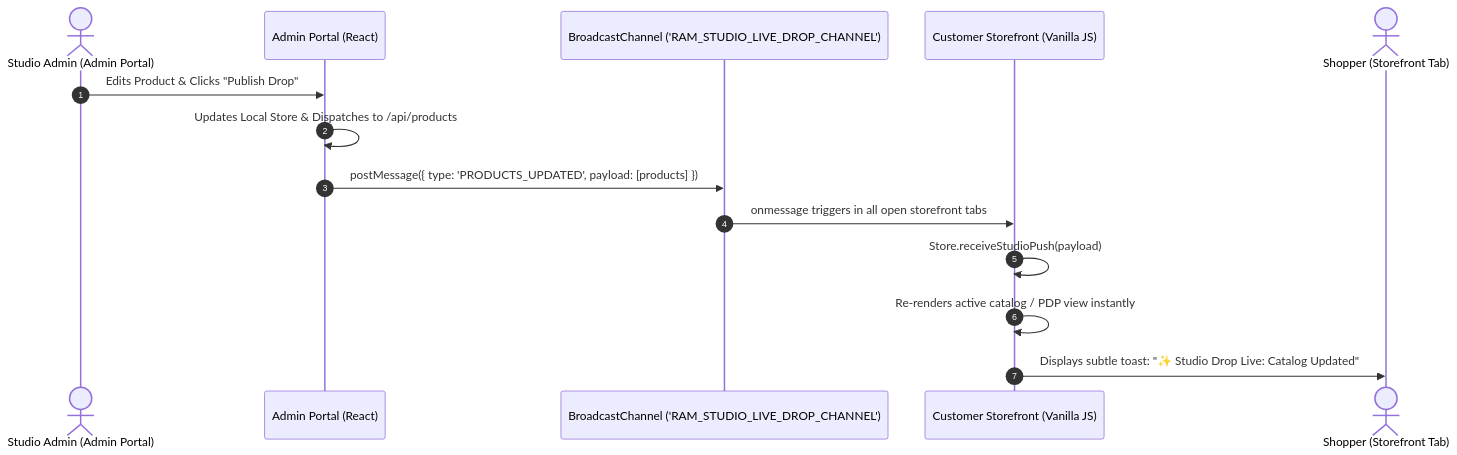
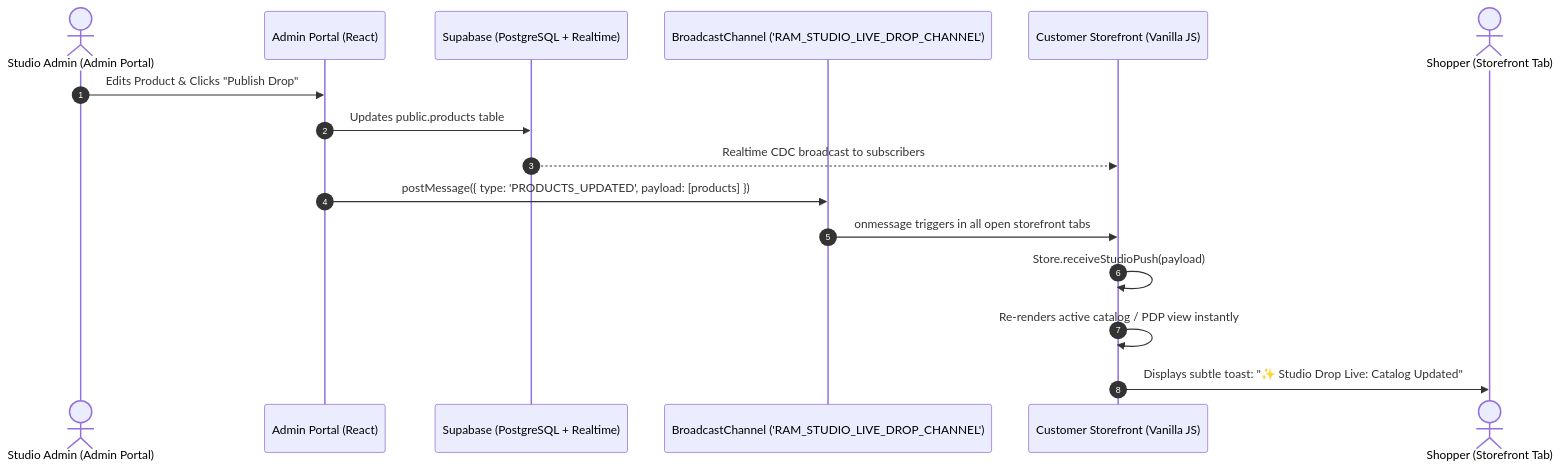
The fourth of 4 diagrams in ARCHITECTURE.md (abhieee-java/vistara-krafts), drawn with Mermaid before and after one commit. The commit also changed other lines of this file and 28 other files, not shown here.

First line of the commit message:
feat(architecture): complete migration to Supabase (PostgreSQL 15+ & Auth) and Cloudinary storage

````diff
--- a/ARCHITECTURE.md
+++ b/ARCHITECTURE.md
@@ -250,17 +288,19 @@
 ```mermaid
 sequenceDiagram
     autonumber
     actor Owner as Studio Admin (Admin Portal)
     participant AP as Admin Portal (React)
+    participant SB as Supabase (PostgreSQL + Realtime)
     participant BC as BroadcastChannel ('RAM_STUDIO_LIVE_DROP_CHANNEL')
     participant SF as Customer Storefront (Vanilla JS)
     actor Customer as Shopper (Storefront Tab)
 
     Owner->>AP: Edits Product & Clicks "Publish Drop"
-    AP->>AP: Updates Local Store & Dispatches to /api/products
+    AP->>SB: Updates public.products table
+    SB-->>SF: Realtime CDC broadcast to subscribers
     AP->>BC: postMessage({ type: 'PRODUCTS_UPDATED', payload: [products] })
     BC->>SF: onmessage triggers in all open storefront tabs
     SF->>SF: Store.receiveStudioPush(payload)
     SF->>SF: Re-renders active catalog / PDP view instantly
     SF->>Customer: Displays subtle toast: "✨ Studio Drop Live: Catalog Updated"
 ```
````
